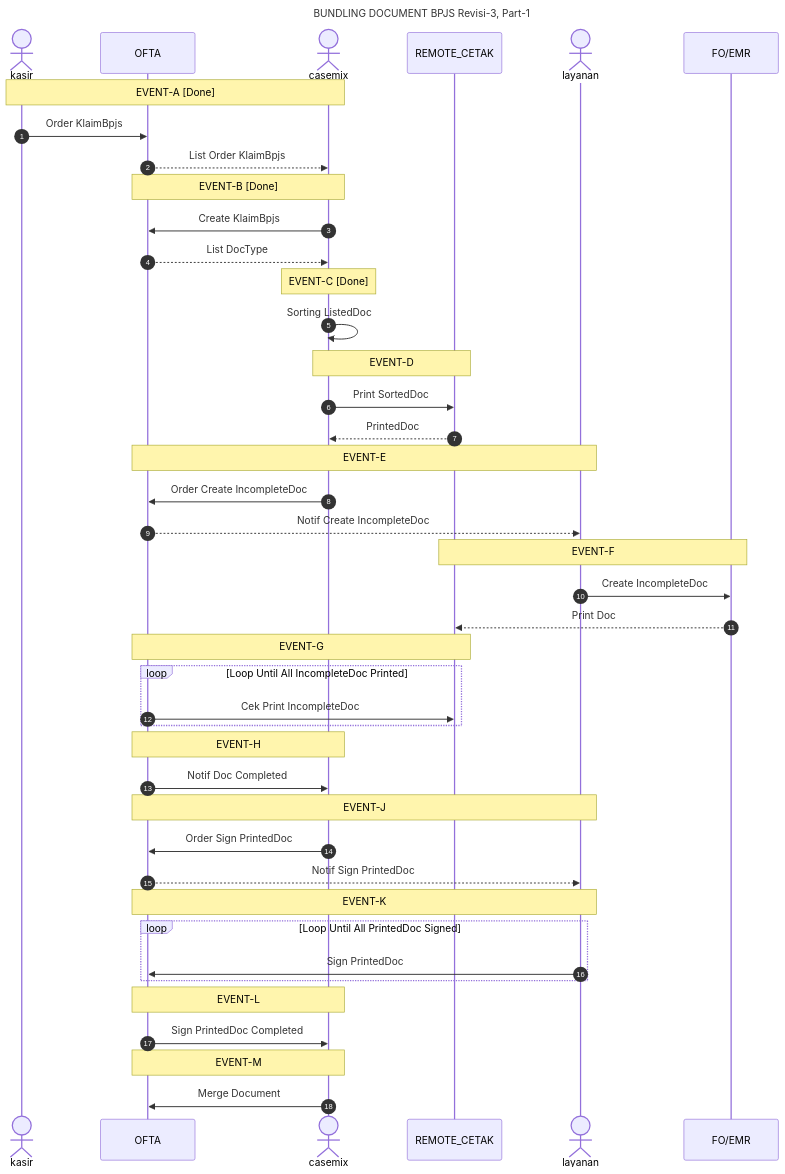
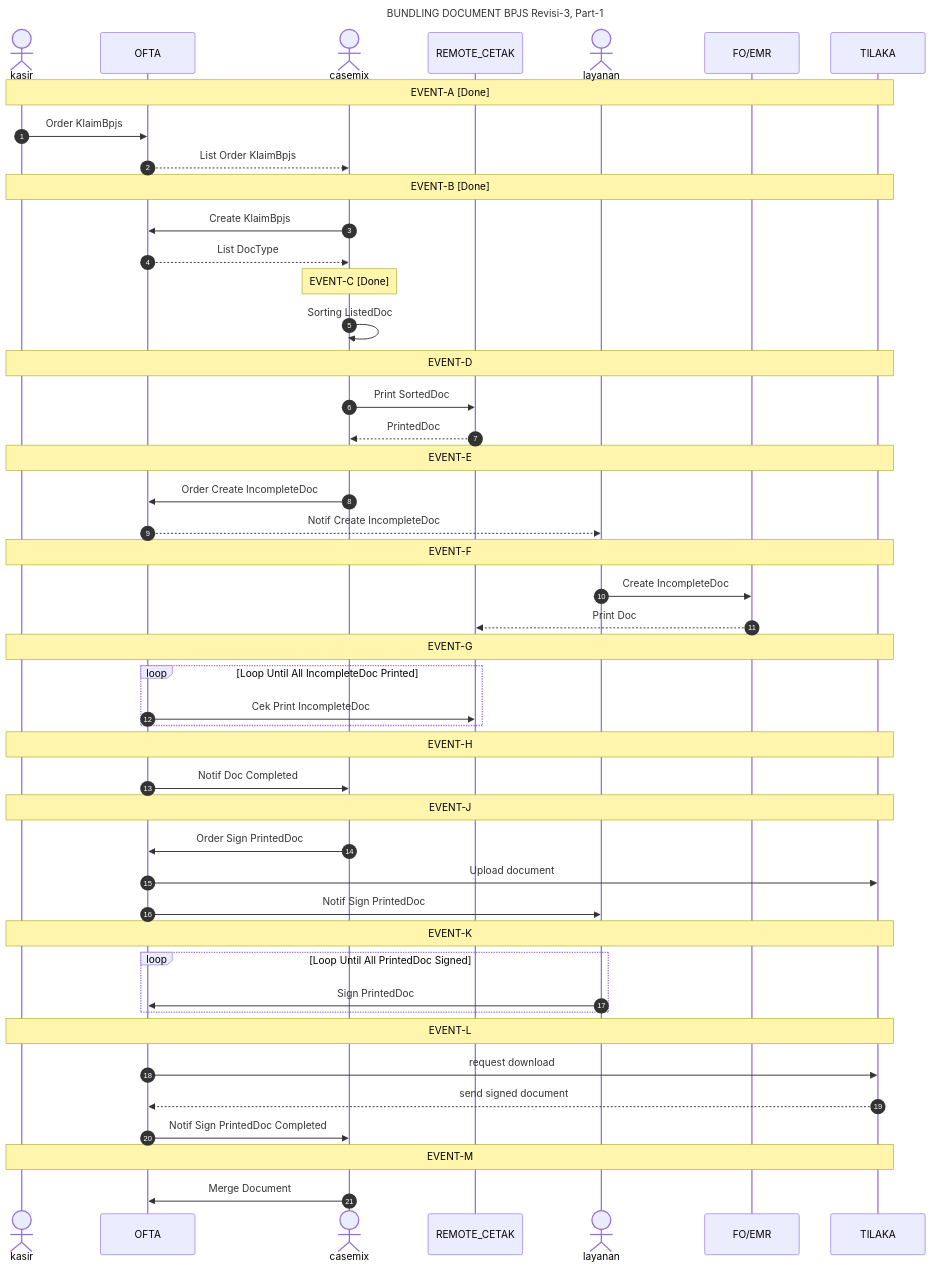
Before and after one commit to smart-ics/b005-ofta-api: the diagram in readme-bpjs-flow.md, drawn with Mermaid.

````diff
--- a/readme-bpjs-flow.md
+++ b/readme-bpjs-flow.md
@@ -1,58 +1,61 @@
 ```mermaid
 sequenceDiagram
     title BUNDLING DOCUMENT BPJS Revisi-3, Part-1
     actor kasir
     participant OFTA
     actor casemix
     participant REMOTE_CETAK
     actor layanan
     participant FO/EMR
+    participant TILAKA
     autonumber 1
 
-    note over kasir, casemix: EVENT-A [Done]
+    note over kasir, TILAKA: EVENT-A [Done]
     kasir ->> OFTA: Order KlaimBpjs 
     OFTA -->> casemix: List Order KlaimBpjs 
 
-    note over OFTA, casemix: EVENT-B [Done]
+    note over kasir, TILAKA: EVENT-B [Done]
     casemix ->> OFTA: Create KlaimBpjs
     OFTA -->> casemix: List DocType
 
     note over casemix: EVENT-C [Done]
     casemix ->> casemix: Sorting ListedDoc
     
-    note over casemix, REMOTE_CETAK: EVENT-D
+    note over kasir, TILAKA: EVENT-D
     casemix ->> REMOTE_CETAK: Print SortedDoc
     REMOTE_CETAK -->> casemix : PrintedDoc
 
-    note over OFTA, layanan: EVENT-E
+    note over kasir, TILAKA: EVENT-E
     casemix ->> OFTA: Order Create IncompleteDoc 
     OFTA -->> layanan: Notif Create IncompleteDoc
     
-    note over REMOTE_CETAK, FO/EMR: EVENT-F
+    note over kasir, TILAKA: EVENT-F
     layanan ->> FO/EMR : Create IncompleteDoc
     FO/EMR -->> REMOTE_CETAK: Print Doc
 
-    note over OFTA, REMOTE_CETAK: EVENT-G
+    note over kasir, TILAKA: EVENT-G
     loop Loop Until All IncompleteDoc Printed
         OFTA ->> REMOTE_CETAK : Cek Print IncompleteDoc
     end
     
-    note over OFTA, casemix: EVENT-H
+    note over kasir, TILAKA: EVENT-H
     OFTA ->> casemix : Notif Doc Completed
 
-    note over OFTA, layanan: EVENT-J
+    note over kasir, TILAKA: EVENT-J
     casemix ->> OFTA: Order Sign PrintedDoc
-    OFTA -->> layanan: Notif Sign PrintedDoc
+    OFTA ->> TILAKA: Upload document
+    OFTA ->> layanan: Notif Sign PrintedDoc
 
-
-    note over OFTA, layanan: EVENT-K
+    note over kasir, TILAKA: EVENT-K
     loop Loop Until All PrintedDoc Signed
         layanan ->> OFTA: Sign PrintedDoc
     end
 
-    note over OFTA, casemix: EVENT-L
-    OFTA ->> casemix: Sign PrintedDoc Completed
+    note over kasir, TILAKA: EVENT-L
+    OFTA ->> TILAKA: request download
+    TILAKA -->> OFTA : send signed document
+    OFTA ->> casemix: Notif Sign PrintedDoc Completed
 
-    note over OFTA, casemix: EVENT-M
+    note over kasir, TILAKA: EVENT-M
     casemix ->> OFTA: Merge Document
 ```
````
